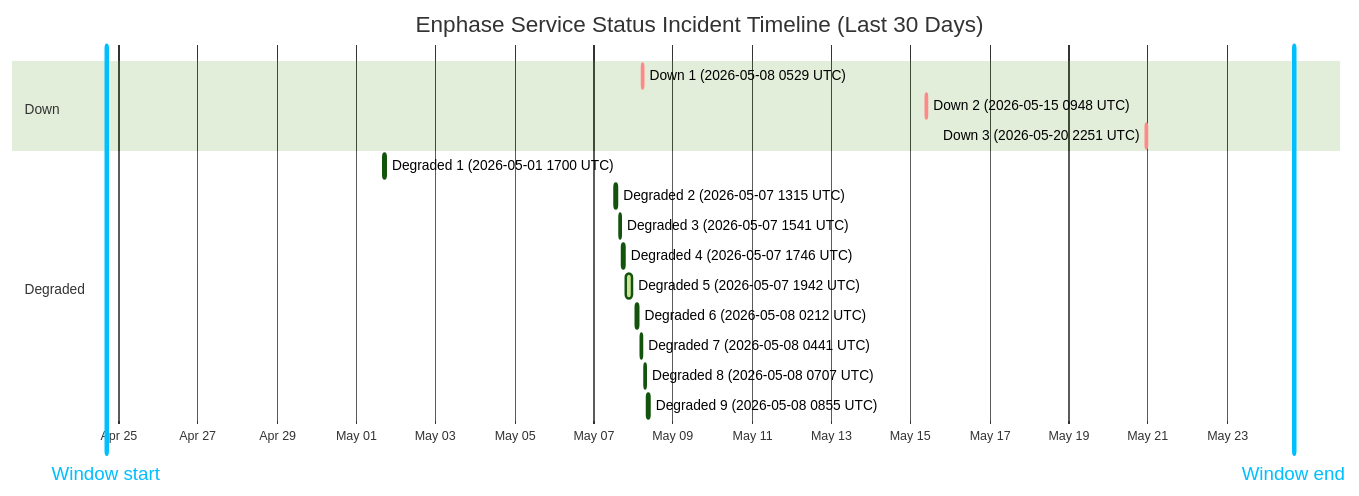
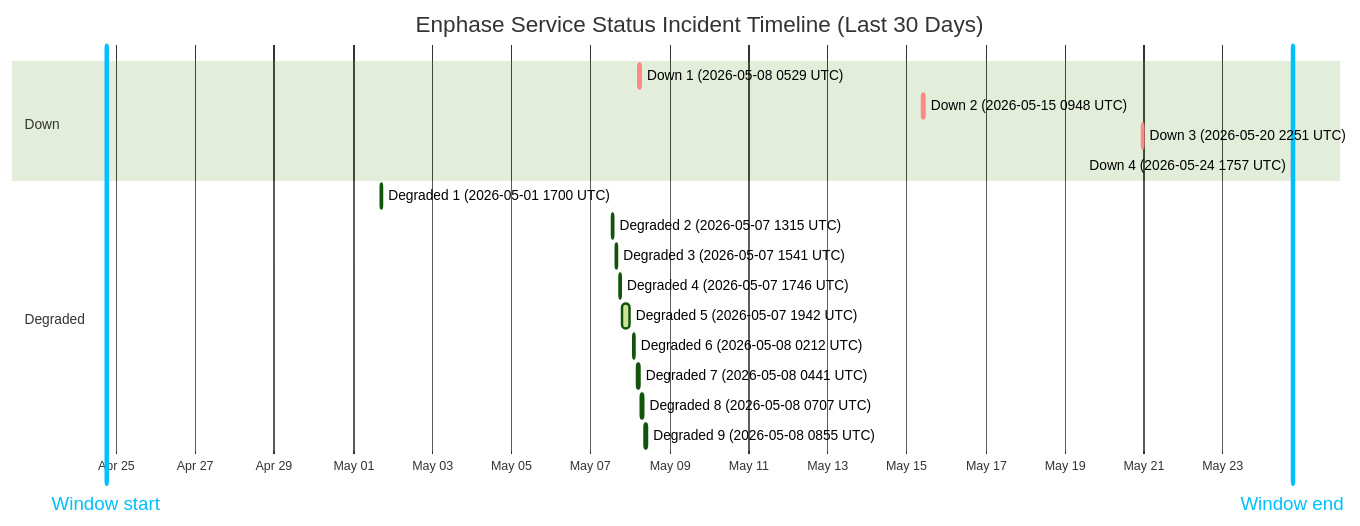
Before and after one commit to barneyonline/ha-enphase-ev-charger: the diagram in wiki/Service-Status-History.md, drawn with Mermaid (forest theme). The commit also changed other lines of this file and 5 other files, not shown here.

````diff
--- a/wiki/Service-Status-History.md
+++ b/wiki/Service-Status-History.md
@@ -14,22 +14,23 @@
 ```mermaid
 gantt
     title Enphase Service Status Incident Timeline (Last 30 Days)
     dateFormat  YYYY-MM-DDTHH:mm:ss
     axisFormat  %b %d
-    Window start :vert, window-start, 2026-04-24T16:32:20, 0ms
-    Window end :vert, window-end, 2026-05-24T16:32:20, 0ms
+    Window start :vert, window-start, 2026-04-24T17:57:41, 0ms
+    Window end :vert, window-end, 2026-05-24T17:57:41, 0ms
     section Down
     Down 1 (2026-05-08 0529 UTC) :crit, down-1, 2026-05-08T05:29:47, 60m
     Down 2 (2026-05-15 0948 UTC) :crit, down-2, 2026-05-15T09:48:18, 60m
     Down 3 (2026-05-20 2251 UTC) :crit, down-3, 2026-05-20T22:51:14, 75m
+    Down 4 (2026-05-24 1757 UTC) :crit, down-4, 2026-05-24T17:57:41, 60m
     section Degraded
     Degraded 1 (2026-05-01 1700 UTC) :active, degraded-1, 2026-05-01T17:00:22, 60m
     Degraded 2 (2026-05-07 1315 UTC) :active, degraded-2, 2026-05-07T13:15:25, 60m
     Degraded 3 (2026-05-07 1541 UTC) :active, degraded-3, 2026-05-07T15:41:58, 60m
     Degraded 4 (2026-05-07 1746 UTC) :active, degraded-4, 2026-05-07T17:46:51, 60m
     Degraded 5 (2026-05-07 1942 UTC) :active, degraded-5, 2026-05-07T19:42:10, 249m
     Degraded 6 (2026-05-08 0212 UTC) :active, degraded-6, 2026-05-08T02:12:39, 60m
     Degraded 7 (2026-05-08 0441 UTC) :active, degraded-7, 2026-05-08T04:41:46, 60m
     Degraded 8 (2026-05-08 0707 UTC) :active, degraded-8, 2026-05-08T07:07:30, 60m
     Degraded 9 (2026-05-08 0855 UTC) :active, degraded-9, 2026-05-08T08:55:20, 88m
 ```
````
